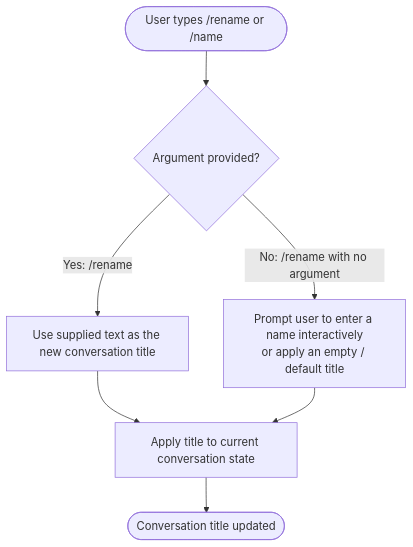
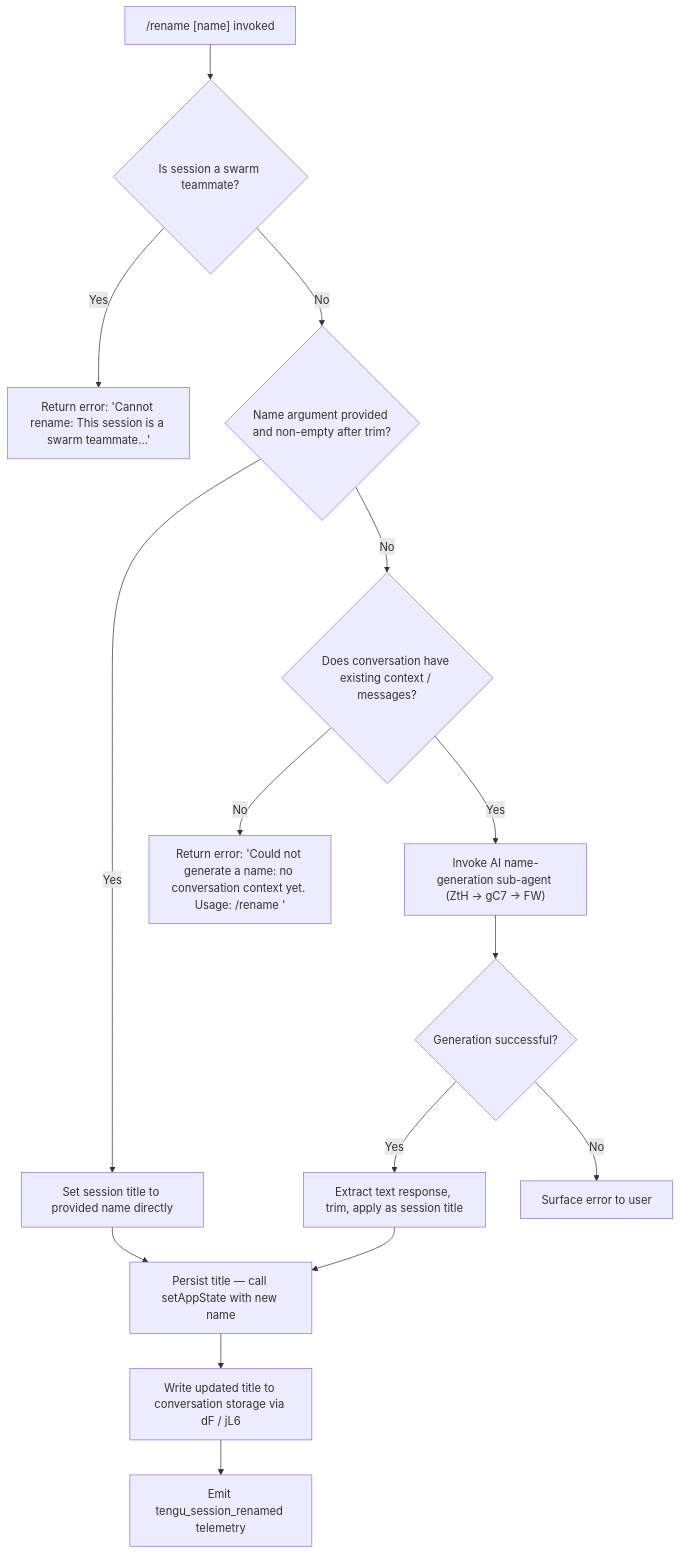
One commit to MyLittleLuckyDog/cc-gnothi changed the diagram in versions/v2.1.147/rename.md. Above: the diagram before and after it, drawn with Mermaid. The commit also changed other lines of this file and 496 other files, not shown here.

First line of the commit message:
feat(docs): Sub-phase 2A — v2.1.146~v2.1.150 via batch-cached.sh

````diff
--- a/versions/v2.1.147/rename.md
+++ b/versions/v2.1.147/rename.md
@@ -49,9 +57,17 @@
 ```mermaid
 flowchart TD
-    A([User types /rename or /name]) --> B{Argument provided?}
-    B -- "Yes: /rename <new name>" --> C[Use supplied text as the new conversation title]
-    B -- "No: /rename with no argument" --> D[Prompt user to enter a name interactively\nor apply an empty / default title]
-    C --> E[Apply title to current conversation state]
-    D --> E
-    E --> F([Conversation title updated])
+    A["/rename [name] invoked"] --> B{Is session a swarm teammate?}
+    B -- Yes --> C["Return error: 'Cannot rename: This session is a swarm teammate…'"]
+    B -- No --> D{Name argument provided and non-empty after trim?}
+    D -- Yes --> E["Set session title to provided name directly"]
+    E --> F["Persist title — call setAppState with new name"]
+    F --> G["Write updated title to conversation storage via dF / jL6"]
+    G --> H["Emit tengu_session_renamed telemetry"]
+    D -- No --> I{Does conversation have existing context / messages?}
+    I -- No --> J["Return error: 'Could not generate a name: no conversation context yet. Usage: /rename <name>'"]
+    I -- Yes --> K["Invoke AI name-generation sub-agent (ZtH → gC7 → FW)"]
+    K --> L{Generation successful?}
+    L -- Yes --> M["Extract text response, trim, apply as session title"]
+    M --> F
+    L -- No --> N["Surface error to user"]
 ```
````
